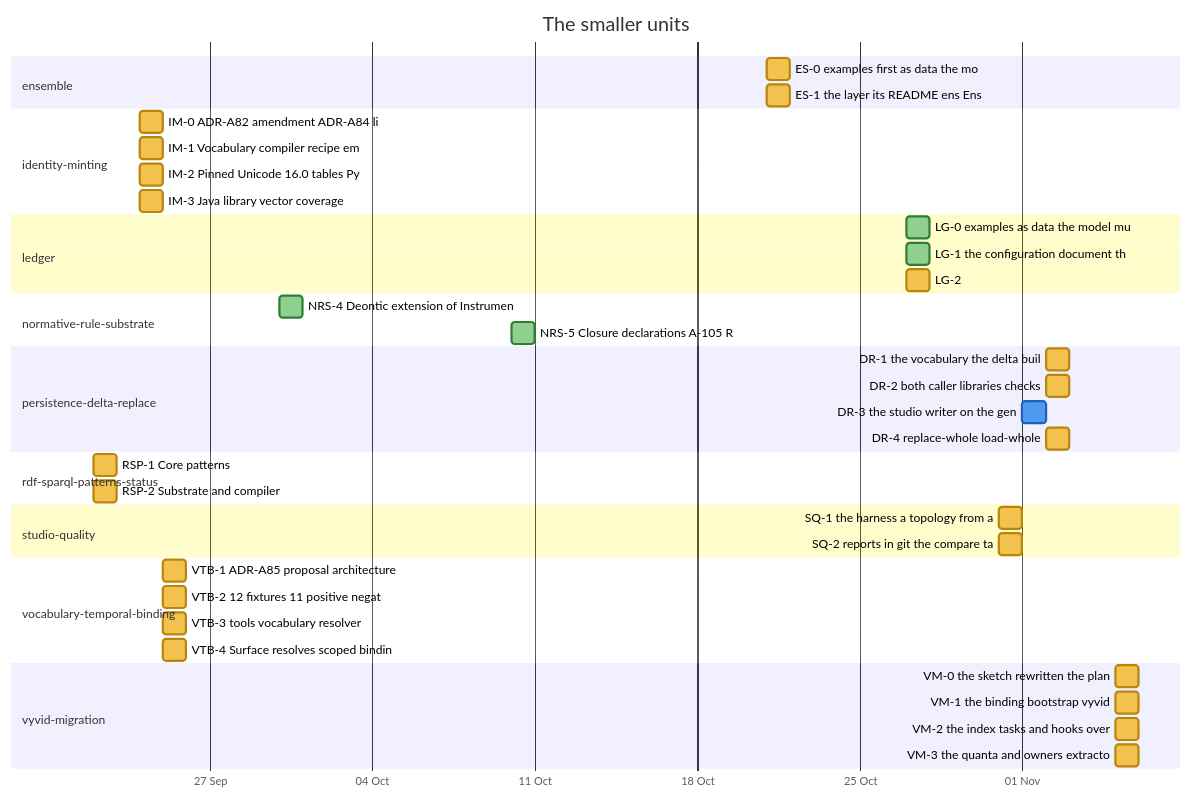
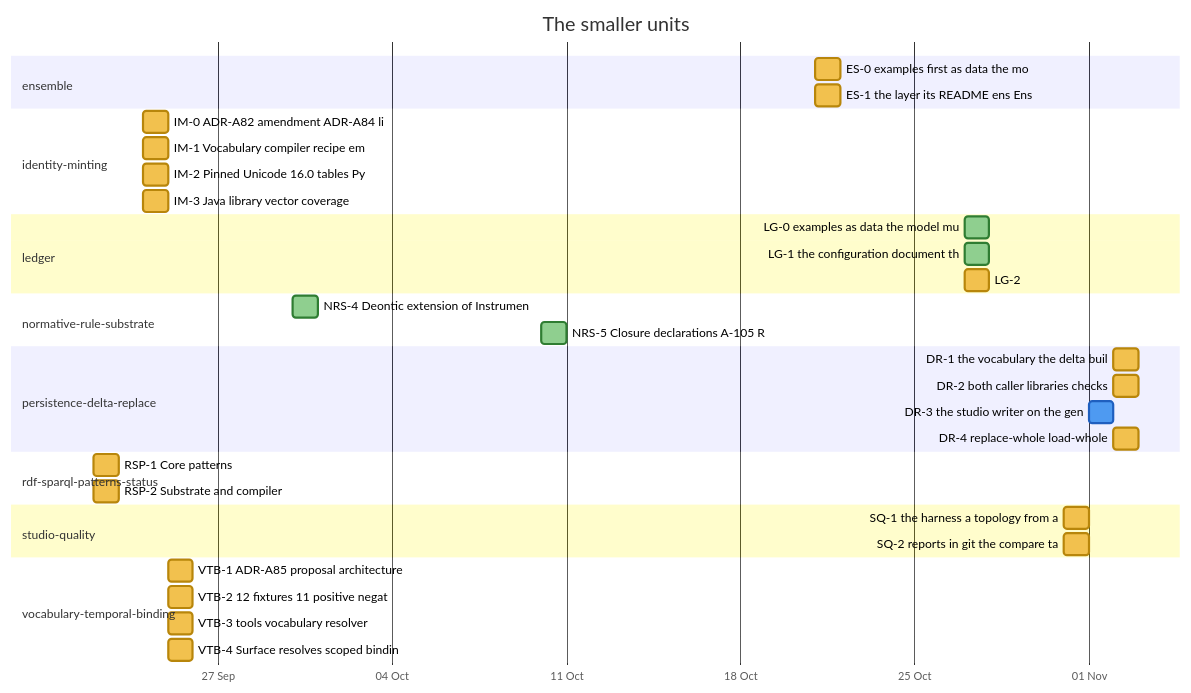
Before and after one commit to nebularis/lattice: diagram 17 of 26 in docs/developer/ROADMAP.md, drawn with Mermaid. The commit also changed other lines of this file and 13 other files, not shown here.

````diff
--- a/docs/developer/ROADMAP.md
+++ b/docs/developer/ROADMAP.md
@@ -459,43 +473,38 @@
 ```mermaid
 %%{init: {"themeVariables": {"taskBkgColor": "#f2c14e", "taskBorderColor": "#b8860b", "taskTextColor": "#000000", "activeTaskBkgColor": "#4e9af1", "activeTaskBorderColor": "#1f5fbf", "activeTaskBorderColor": "#1f5fbf", "doneTaskBkgColor": "#8fcf8f", "doneTaskBorderColor": "#2f7d32", "critBkgColor": "#f28b82", "critBorderColor": "#b23a30", "taskTextDarkColor": "#000000", "taskTextLightColor": "#000000"}}}%%
 gantt
     title The smaller units
     dateFormat YYYY-MM-DD
     axisFormat %d %b
     section ensemble
     ES-0 examples first as data the mo :es0, 2026-10-21, 2026-10-22
     ES-1 the layer its README ens Ens :es1, 2026-10-21, 2026-10-22
     section identity-minting
     IM-0 ADR-A82 amendment ADR-A84 li :im0, 2026-09-24, 2026-09-25
     IM-1 Vocabulary compiler recipe em :im1, 2026-09-24, 2026-09-25
     IM-2 Pinned Unicode 16.0 tables Py :im2, 2026-09-24, 2026-09-25
     IM-3 Java library vector coverage :im3, 2026-09-24, 2026-09-25
     section ledger
     LG-0 examples as data the model mu :done, lg0, 2026-10-27, 2026-10-28
     LG-1 the configuration document th :done, lg1, 2026-10-27, 2026-10-28
     LG-2 :lg2, 2026-10-27, 2026-10-28
     section normative-rule-substrate
     NRS-4 Deontic extension of Instrumen :done, nrs4, 2026-09-30, 2026-10-01
     NRS-5 Closure declarations A-105 R :done, nrs5, 2026-10-10, 2026-10-11
     section persistence-delta-replace
     DR-1 the vocabulary the delta buil :dr1, 2026-11-02, 2026-11-03
     DR-2 both caller libraries checks :dr2, 2026-11-02, 2026-11-03
     DR-3 the studio writer on the gen :active, dr3, 2026-11-01, 2026-11-02
     DR-4 replace-whole load-whole :dr4, 2026-11-02, 2026-11-03
     section rdf-sparql-patterns-status
     RSP-1 Core patterns :rsp1, 2026-09-22, 2026-09-23
     RSP-2 Substrate and compiler :rsp2, 2026-09-22, 2026-09-23
     section studio-quality
     SQ-1 the harness a topology from a :sq1, 2026-10-31, 2026-11-01
     SQ-2 reports in git the compare ta :sq2, 2026-10-31, 2026-11-01
     section vocabulary-temporal-binding
     VTB-1 ADR-A85 proposal architecture :vtb1, 2026-09-25, 2026-09-26
     VTB-2 12 fixtures 11 positive negat :vtb2, 2026-09-25, 2026-09-26
     VTB-3 tools vocabulary resolver :vtb3, 2026-09-25, 2026-09-26
     VTB-4 Surface resolves scoped bindin :vtb4, 2026-09-25, 2026-09-26
-    section vyvid-migration
-    VM-0 the sketch rewritten the plan :vm0, 2026-11-05, 2026-11-06
-    VM-1 the binding bootstrap vyvid :vm1, 2026-11-05, 2026-11-06
-    VM-2 the index tasks and hooks over :vm2, 2026-11-05, 2026-11-06
-    VM-3 the quanta and owners extracto :vm3, 2026-11-05, 2026-11-06
 ```
````
